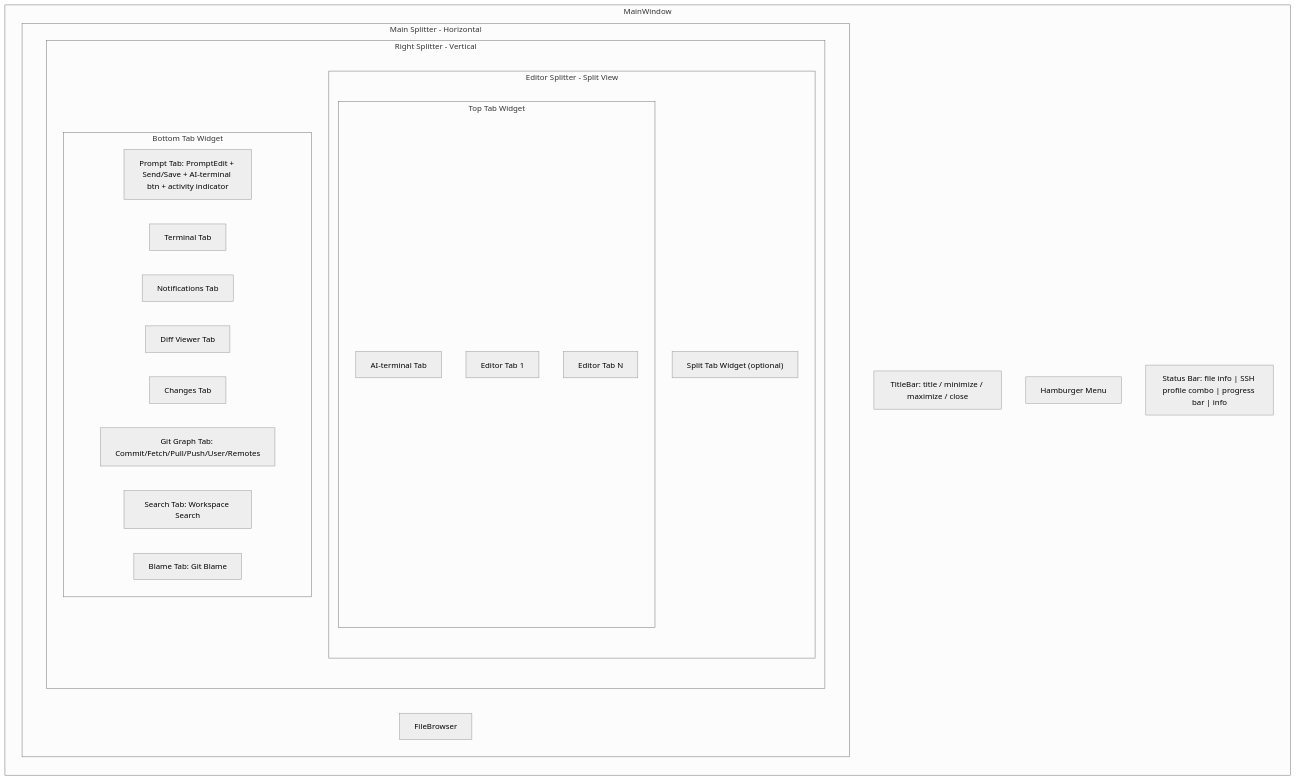
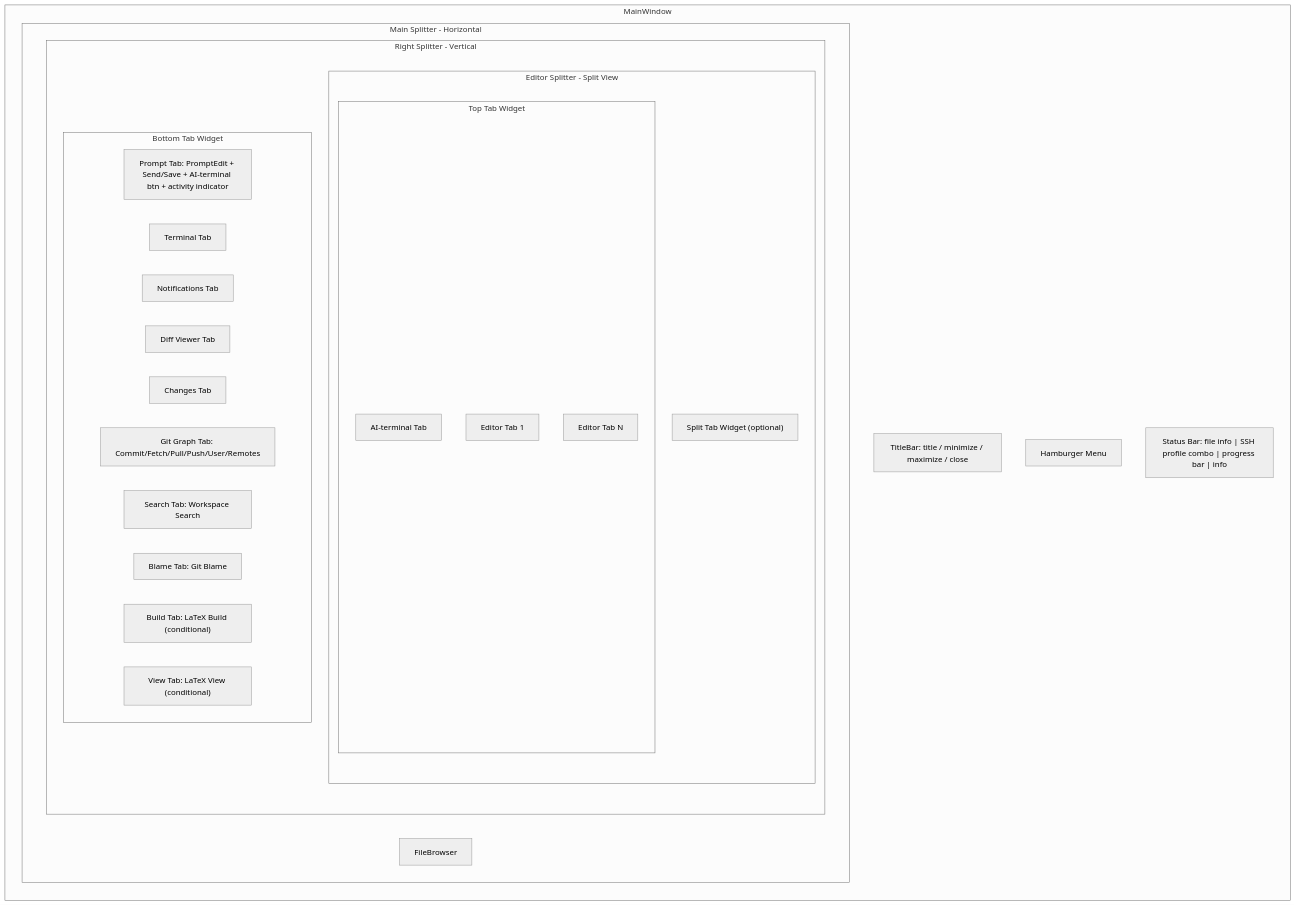
The first of 21 diagrams in docs/diagrams.md (dkrse/vibe-coder), drawn with Mermaid (neutral theme) before and after one commit. The commit also changed other lines of this file and 7 other files, not shown here.

````diff
--- a/docs/diagrams.md
+++ b/docs/diagrams.md
@@ -5,37 +5,39 @@
 ```mermaid
 graph TB
     subgraph MainWindow
         direction TB
         TB["TitleBar: title / minimize / maximize / close"]
         HM[Hamburger Menu]
         SB["Status Bar: file info | SSH profile combo | progress bar | info"]
 
         subgraph MainSplitter[Main Splitter - Horizontal]
             direction LR
             FB[FileBrowser]
 
             subgraph RightSplitter[Right Splitter - Vertical]
                 direction TB
                 subgraph EditorSplitter[Editor Splitter - Split View]
                     subgraph TabWidget[Top Tab Widget]
                         T0[AI-terminal Tab]
                         T1[Editor Tab 1]
                         T2[Editor Tab N]
                     end
                     STW["Split Tab Widget (optional)"]
                 end
 
                 subgraph BottomTabWidget[Bottom Tab Widget]
                     PT["Prompt Tab: PromptEdit + Send/Save + AI-terminal btn + activity indicator"]
                     BT[Terminal Tab]
                     NT[Notifications Tab]
                     DV[Diff Viewer Tab]
                     CM[Changes Tab]
                     GG[Git Graph Tab: Commit/Fetch/Pull/Push/User/Remotes]
                     WS[Search Tab: Workspace Search]
                     GB[Blame Tab: Git Blame]
+                    LB["Build Tab: LaTeX Build (conditional)"]
+                    LV["View Tab: LaTeX View (conditional)"]
                 end
             end
         end
     end
 ```
````
